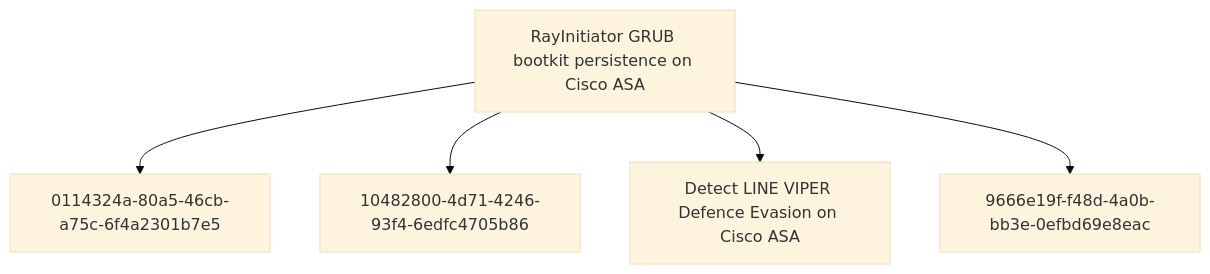
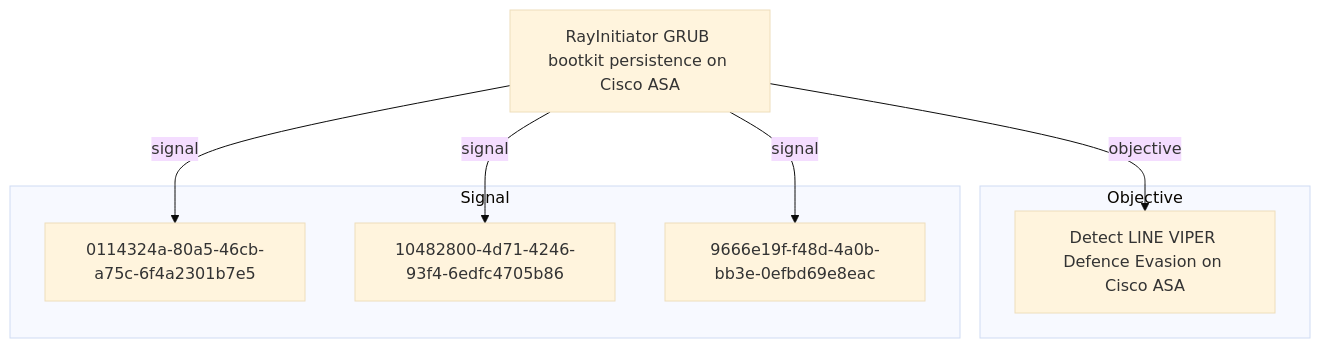
Before and after one commit to opentidehq/library: the second of 2 diagrams in docs/threats/rayinitiator-grub-bootkit-persistence-on-cisco-asa.md, drawn with Mermaid (base theme). The commit also changed other lines of this file and 277 other files, not shown here.

````diff
--- a/docs/threats/rayinitiator-grub-bootkit-persistence-on-cisco-asa.md
+++ b/docs/threats/rayinitiator-grub-bootkit-persistence-on-cisco-asa.md
@@ -79,12 +123,16 @@
 ```mermaid
 flowchart TB
-a6f331e0_292d_4d83_87a9_46aa149555dd["RayInitiator GRUB bootkit persistence on Cisco ASA"]
+subgraph "Objective"
+7c0f2788_690e_4d34_b9eb_5f76e7363ccc["Detect LINE VIPER Defence Evasion on Cisco ASA"]
+end
+subgraph "Signal"
 0114324a_80a5_46cb_a75c_6f4a2301b7e5["0114324a-80a5-46cb-a75c-6f4a2301b7e5"]
 10482800_4d71_4246_93f4_6edfc4705b86["10482800-4d71-4246-93f4-6edfc4705b86"]
-7c0f2788_690e_4d34_b9eb_5f76e7363ccc["Detect LINE VIPER Defence Evasion on Cisco ASA"]
 9666e19f_f48d_4a0b_bb3e_0efbd69e8eac["9666e19f-f48d-4a0b-bb3e-0efbd69e8eac"]
-a6f331e0_292d_4d83_87a9_46aa149555dd --> 0114324a_80a5_46cb_a75c_6f4a2301b7e5
-a6f331e0_292d_4d83_87a9_46aa149555dd --> 10482800_4d71_4246_93f4_6edfc4705b86
-a6f331e0_292d_4d83_87a9_46aa149555dd --> 7c0f2788_690e_4d34_b9eb_5f76e7363ccc
-a6f331e0_292d_4d83_87a9_46aa149555dd --> 9666e19f_f48d_4a0b_bb3e_0efbd69e8eac
+end
+a6f331e0_292d_4d83_87a9_46aa149555dd["RayInitiator GRUB bootkit persistence on Cisco ASA"]
+a6f331e0_292d_4d83_87a9_46aa149555dd -->|objective| 7c0f2788_690e_4d34_b9eb_5f76e7363ccc
+a6f331e0_292d_4d83_87a9_46aa149555dd -->|signal| 0114324a_80a5_46cb_a75c_6f4a2301b7e5
+a6f331e0_292d_4d83_87a9_46aa149555dd -->|signal| 10482800_4d71_4246_93f4_6edfc4705b86
+a6f331e0_292d_4d83_87a9_46aa149555dd -->|signal| 9666e19f_f48d_4a0b_bb3e_0efbd69e8eac
 ```
````
